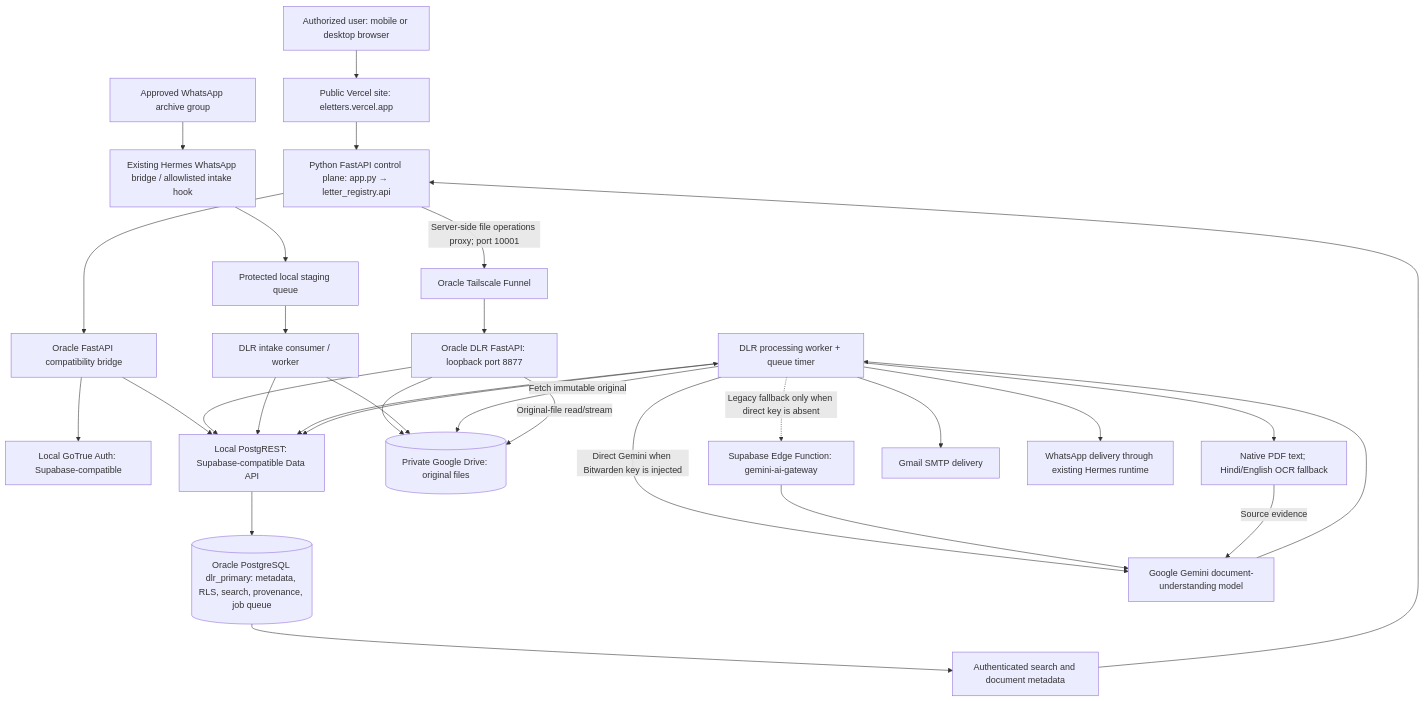
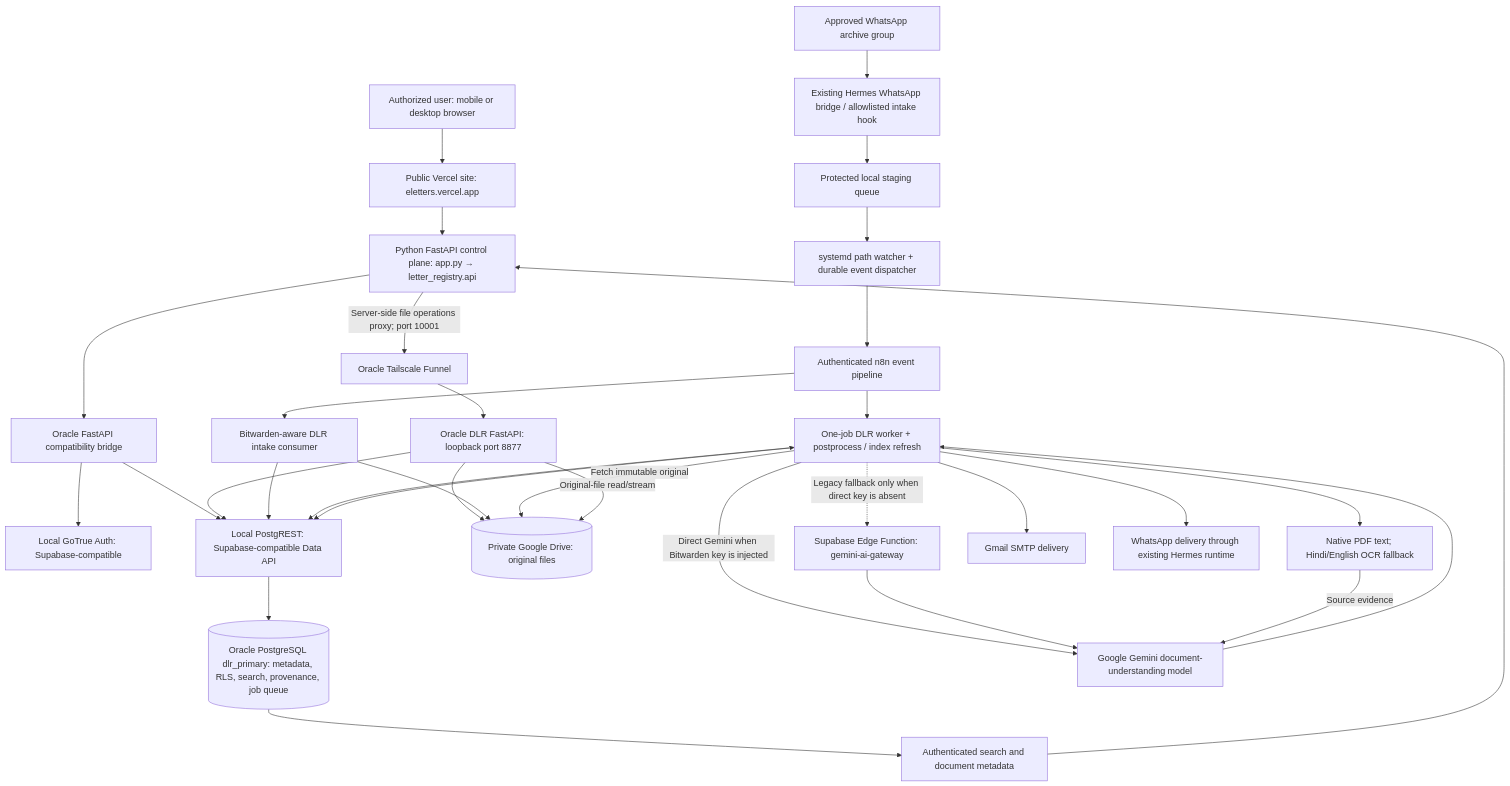
The diagram in docs/INFORMATION-FLOW-AND-DEPLOYMENT.md (zzpsah/digital-letter-registry), drawn with Mermaid before and after one commit. The commit also changed other lines of this file and 13 other files, not shown here.

```diff
--- a/docs/INFORMATION-FLOW-AND-DEPLOYMENT.md
+++ b/docs/INFORMATION-FLOW-AND-DEPLOYMENT.md
@@ -13,32 +13,35 @@
 ~~~mermaid
 flowchart TB
   U[Authorized user: mobile or desktop browser] --> SITE[Public Vercel site: eletters.vercel.app]
   SITE --> APP[Python FastAPI control plane: app.py → letter_registry.api]
   APP --> BRIDGE[Oracle FastAPI compatibility bridge]
   BRIDGE --> AUTH[Local GoTrue Auth: Supabase-compatible]
   BRIDGE --> REST[Local PostgREST: Supabase-compatible Data API]
   REST --> DB[(Oracle PostgreSQL dlr_primary: metadata, RLS, search, provenance, job queue)]
   APP -->|Server-side file operations proxy; port 10001| FUNNEL[Oracle Tailscale Funnel]
   FUNNEL --> API[Oracle DLR FastAPI: loopback port 8877]
   API --> REST
   API --> DRIVE[(Private Google Drive: original files)]
   WORKER -->|Direct Gemini when Bitwarden key is injected| MODEL[Google Gemini document-understanding model]
   WORKER -.->|Legacy fallback only when direct key is absent| GEM[Supabase Edge Function: gemini-ai-gateway]
   GEM --> MODEL
   MODEL --> WORKER
   WA[Approved WhatsApp archive group] --> HERMES[Existing Hermes WhatsApp bridge / allowlisted intake hook]
   HERMES --> STAGE[Protected local staging queue]
-  STAGE --> INTAKE[DLR intake consumer / worker]
+  STAGE --> WATCH[systemd path watcher + durable event dispatcher]
+  WATCH --> N8N[Authenticated n8n event pipeline]
+  N8N --> INTAKE[Bitwarden-aware DLR intake consumer]
   INTAKE --> DRIVE
   INTAKE --> REST
-  WORKER[DLR processing worker + queue timer] <--> REST
+  N8N --> WORKER[One-job DLR worker + postprocess / index refresh]
+  WORKER <--> REST
   WORKER -->|Fetch immutable original| DRIVE
   WORKER --> EXTRACT[Native PDF text; Hindi/English OCR fallback]
   EXTRACT -->|Source evidence| MODEL
   WORKER --> REST
   DB --> SEARCH[Authenticated search and document metadata]
   SEARCH --> APP
   API -->|Original-file read/stream| DRIVE
   WORKER --> MAIL[Gmail SMTP delivery]
   WORKER --> WHATSAPP[WhatsApp delivery through existing Hermes runtime]
 ~~~
```
